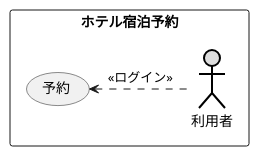
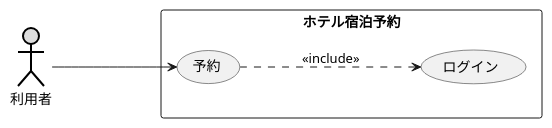
Before and after one commit to allface017/uml-introduction: the diagram in 演習2-3_ホテル宿泊予約.pu, drawn with PlantUML. The commit also changed 2 other files, not shown here.

```diff
--- a/演習2-3_ホテル宿泊予約.pu
+++ b/演習2-3_ホテル宿泊予約.pu
@@ -1,10 +1,11 @@
 @startuml ユースケース図
-'left to right direction
+left to right direction
+actor 利用者 #DDDDDD;line:black;line.bold;
 rectangle ホテル宿泊予約 {
-actor 利用者 #DDDDDD;line:black;line.bold;
 usecase 予約
+usecase ログイン
 }
-
- 予約 <. 利用者 : << ログイン >>
+ 利用者 ---> 予約
+ 予約 ...> ログイン  : << include >>
  
 @enduml
```
